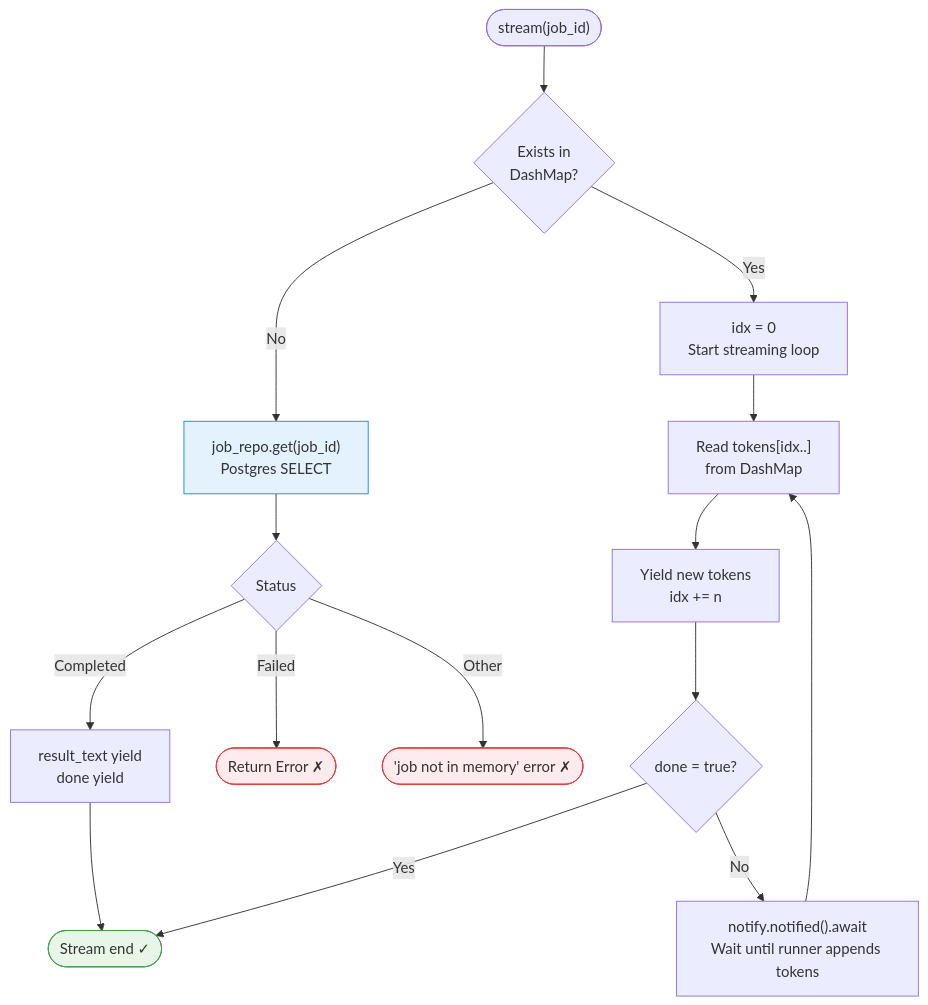
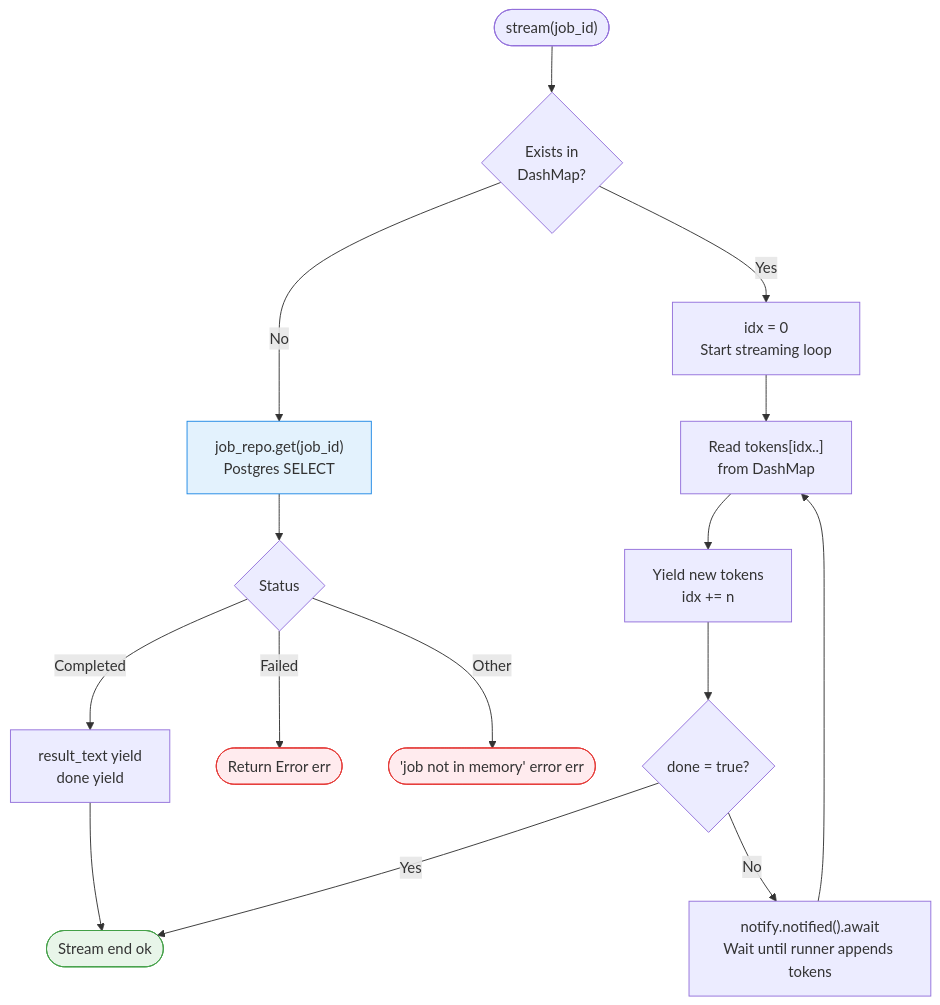
Before and after one commit to beegy-labs/veronex: the third of 4 diagrams in docs/llm/flows/job-event-pipeline-steps.md, drawn with Mermaid. The commit also changed other lines of this file and 18 other files, not shown here.

````diff
--- a/docs/llm/flows/job-event-pipeline-steps.md
+++ b/docs/llm/flows/job-event-pipeline-steps.md
@@ -81,24 +81,24 @@
 ```mermaid
 flowchart TD
     A(["stream(job_id)"]) --> B{Exists in\nDashMap?}
 
     B -->|No| C["job_repo.get(job_id)\nPostgres SELECT"]
     C --> D{Status}
     D -->|Completed| E["result_text yield\ndone yield"]
-    D -->|Failed| F(["Return Error ✗"])
-    D -->|Other| G(["'job not in memory' error ✗"])
-    E --> END(["Stream end ✓"])
+    D -->|Failed| F(["Return Error err"])
+    D -->|Other| G(["'job not in memory' error err"])
+    E --> END(["Stream end ok"])
 
     B -->|Yes| H["idx = 0\nStart streaming loop"]
     H --> I["Read tokens[idx..]\nfrom DashMap"]
     I --> J["Yield new tokens\nidx += n"]
     J --> K{done = true?}
     K -->|Yes| END
     K -->|No| L["notify.notified().await\nWait until runner appends tokens"]
     L --> I
 
     style C fill:#e3f2fd,stroke:#1e88e5
     style F fill:#ffebee,stroke:#e53935
     style G fill:#ffebee,stroke:#e53935
     style END fill:#e8f5e9,stroke:#43a047
 ```
````
